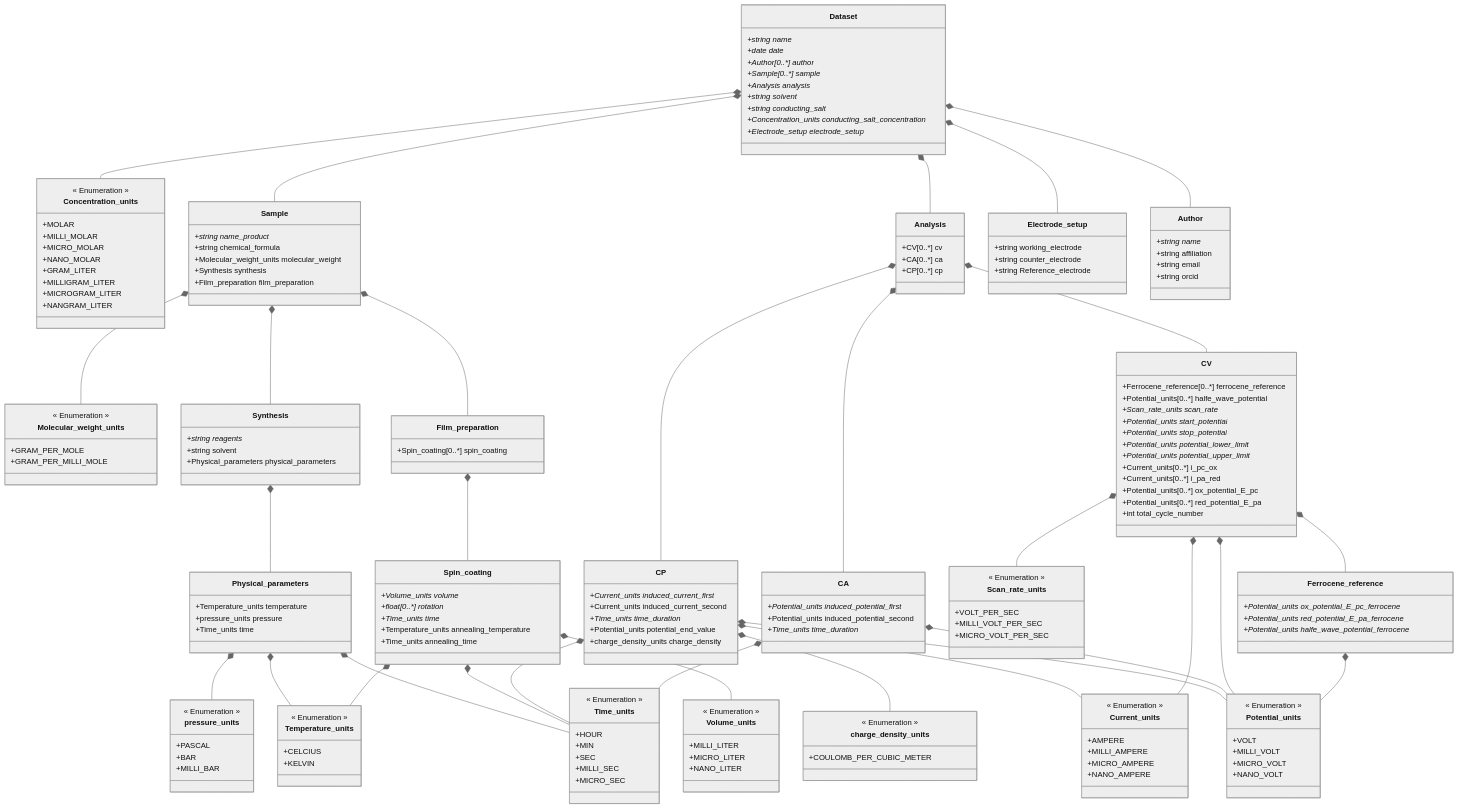
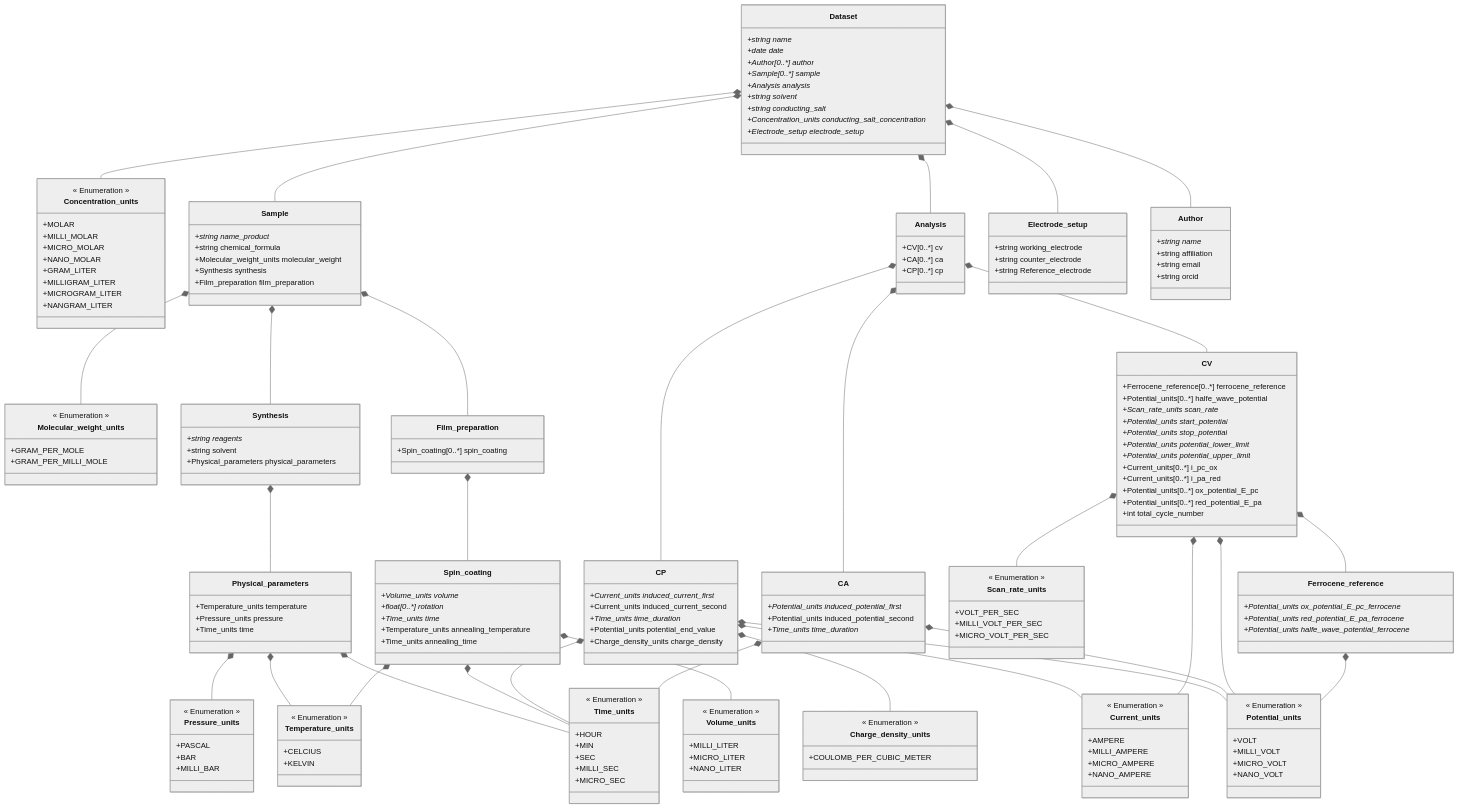
The diagram in ElectrochemistryDataModel/schemes/electrochemistrydatamodel_schema.md (FAIRChemistry/datamodel-electrochemistry), drawn with Mermaid (neutral theme) before and after one commit. The commit also changed 17 other files, not shown here.

```diff
--- a/ElectrochemistryDataModel/schemes/electrochemistrydatamodel_schema.md
+++ b/ElectrochemistryDataModel/schemes/electrochemistrydatamodel_schema.md
@@ -9,7 +9,7 @@
     Sample *-- Synthesis
     Sample *-- Film_preparation
     Synthesis *-- Physical_parameters
-    Physical_parameters *-- pressure_units
+    Physical_parameters *-- Pressure_units
     Physical_parameters *-- Temperature_units
     Physical_parameters *-- Time_units
     Film_preparation *-- Spin_coating
@@ -19,7 +19,7 @@
     Analysis *-- CP
     Analysis *-- CA
     Analysis *-- CV
-    CP *-- charge_density_units
+    CP *-- Charge_density_units
     CP *-- Time_units
     CP *-- Current_units
     CP *-- Potential_units
@@ -59,7 +59,7 @@
     
     class Physical_parameters {
         +Temperature_units temperature
-        +pressure_units pressure
+        +Pressure_units pressure
         +Time_units time
     }
     
@@ -86,7 +86,7 @@
         +Current_units induced_current_second
         +Time_units time_duration*
         +Potential_units potential_end_value
-        +charge_density_units charge_density
+        +Charge_density_units charge_density
     }
     
     class CA {
@@ -129,12 +129,12 @@
         +string orcid
     }
     
-    class charge_density_units {
+    class Charge_density_units {
         << Enumeration >>
         +COULOMB_PER_CUBIC_METER
     }
     
-    class pressure_units {
+    class Pressure_units {
         << Enumeration >>
         +PASCAL
         +BAR
```
